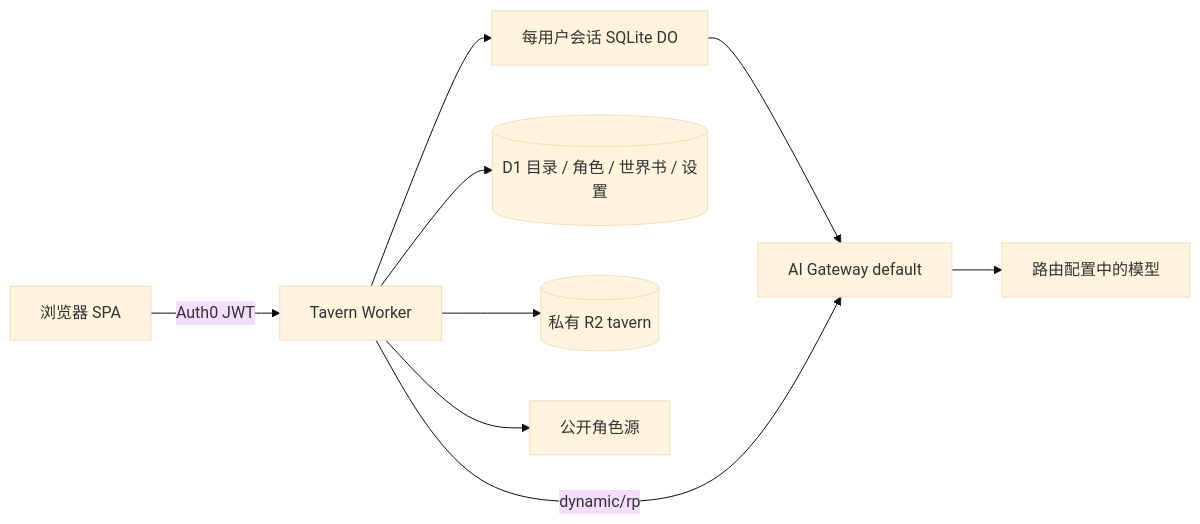
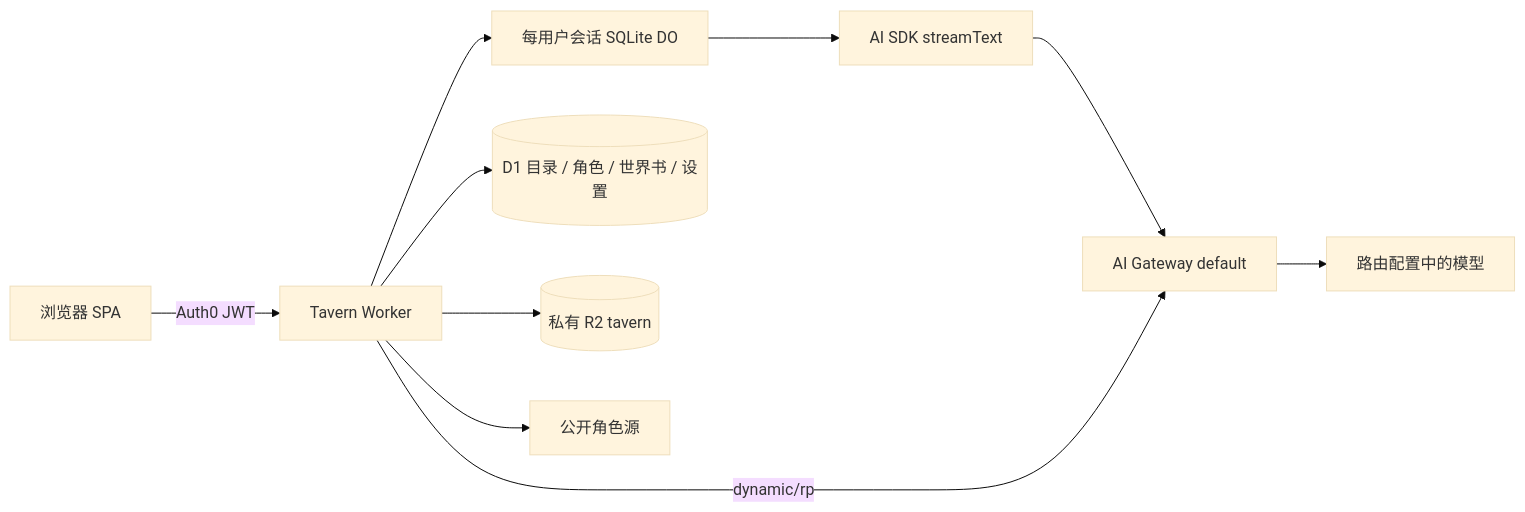
The diagram in docs/tavern/ARCHITECTURE.md (hasbai/hasbai), drawn with Mermaid (base theme) before and after one commit. The commit also changed 27 other files, not shown here.

````diff
--- a/docs/tavern/ARCHITECTURE.md
+++ b/docs/tavern/ARCHITECTURE.md
@@ -22,11 +22,12 @@
 ```mermaid
 flowchart LR
   Browser[浏览器 SPA] -->|Auth0 JWT| Worker[Tavern Worker]
   Worker --> DO[每用户会话 SQLite DO]
-  DO --> Gateway
+  DO --> SDK[AI SDK streamText]
+    SDK --> Gateway
   Worker --> DB[(D1 目录 / 角色 / 世界书 / 设置)]
   Worker --> Files[(私有 R2 tavern)]
   Worker --> Sources[公开角色源]
   Worker -->|dynamic/rp| Gateway[AI Gateway default]
   Gateway --> Model[路由配置中的模型]
 ```
````
